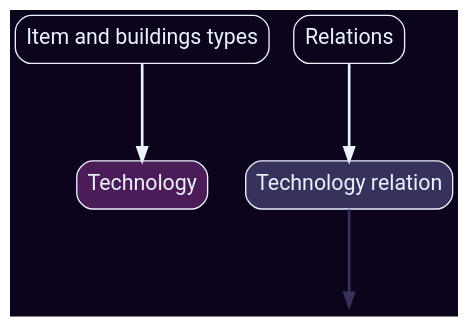
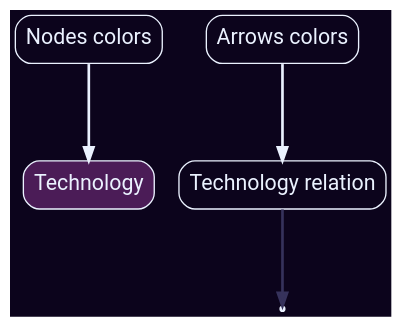
The diagram in graph/result/legend_tech.gv (Sheridan/dsp_tools), drawn with Graphviz before and after one commit. The commit also changed 65 other files, not shown here.

```diff
--- a/graph/result/legend_tech.gv
+++ b/graph/result/legend_tech.gv
@@ -1,13 +1,9 @@
 digraph g {
   graph [ overlap="false"  fontname="Roboto"  fontsize="16"  splines="ortho"  ratio="auto"  rankdir="TB"  fontcolor="#ebf2ff"  bgcolor="#0c041c"  fillcolor="#0c041c" ];
   node [ fontname="Roboto"  fontsize="16"  shape="box"  style="rounded,filled"  fontcolor="#ebf2ff"  color="#ebf2ff" ];
   edge [ fontname="Roboto"  fontsize="16"  fontcolor="#ebf2ff"  color="#ebf2ff"  penwidth="2"  minlen="2" ];
-  item_and_buildings_types [label="Item and buildings types" fillcolor="#0c041c"];
-  technology [label="Technology" fillcolor="#4b1c57"];
-  item_and_buildings_types -> technology [color="#ebf2ff"];
-  relations [label="Relations" fillcolor="#0c041c"];
-  a_technology_relation [label="Technology relation" fillcolor="#36325b"];
-  relations -> a_technology_relation [color="#ebf2ff"];
-  b_technology_relation [label="" shape="point" fillcolor="#0c041c" color="#0c041c"];
-  a_technology_relation -> b_technology_relation [color="#36325b"];
+  group_colored_nodes [label="Nodes colors" fillcolor="#0c041c"];
+  colored_nodes_technology [label="Technology" fillcolor="#4b1c57"];  group_colored_nodes -> colored_nodes_technology [color="#ebf2ff"];
+  group_colored_edges [label="Arrows colors" fillcolor="#0c041c"];
+  point_technology_relation [label="" shape="point"];  colored_edges_technology_relation [label="Technology relation" fillcolor="#0c041c"];  colored_edges_technology_relation -> point_technology_relation [color="#36325b"];  group_colored_edges -> colored_edges_technology_relation [color="#ebf2ff"];
 }
```
